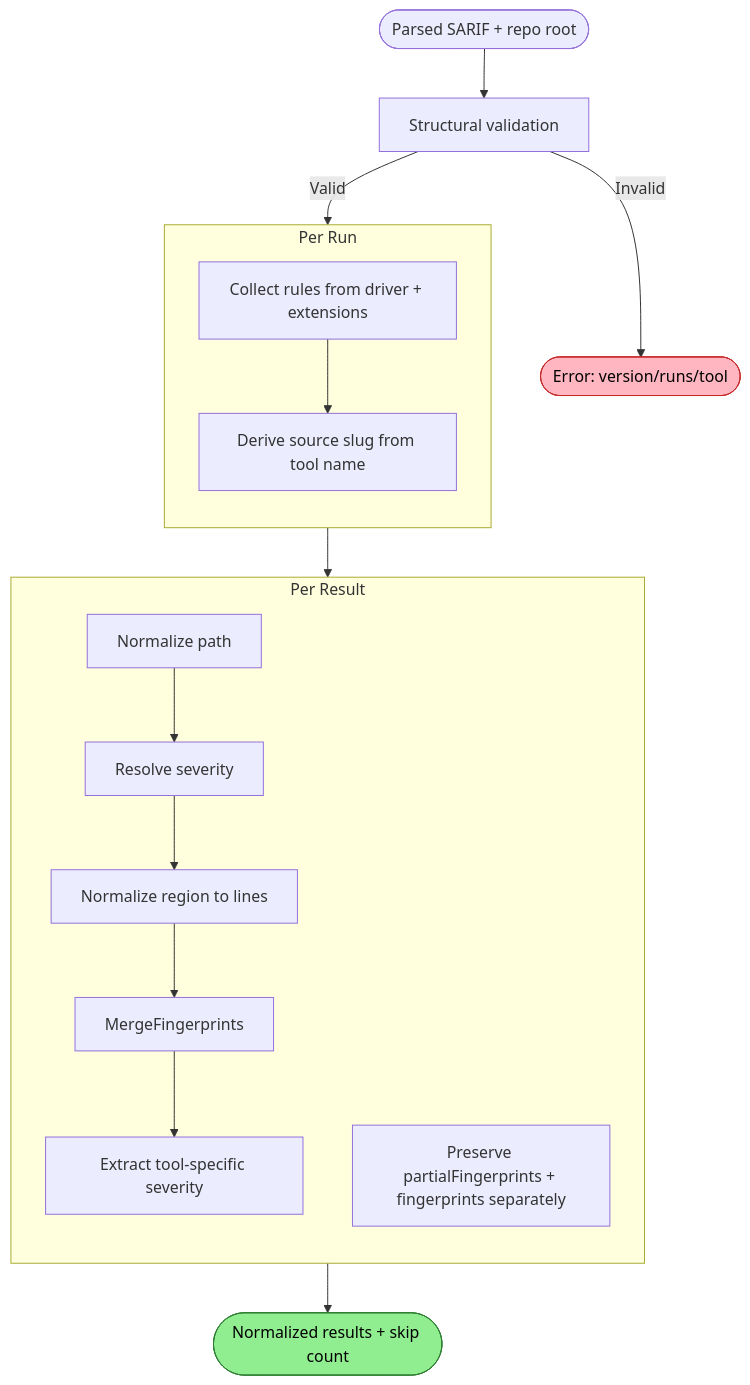
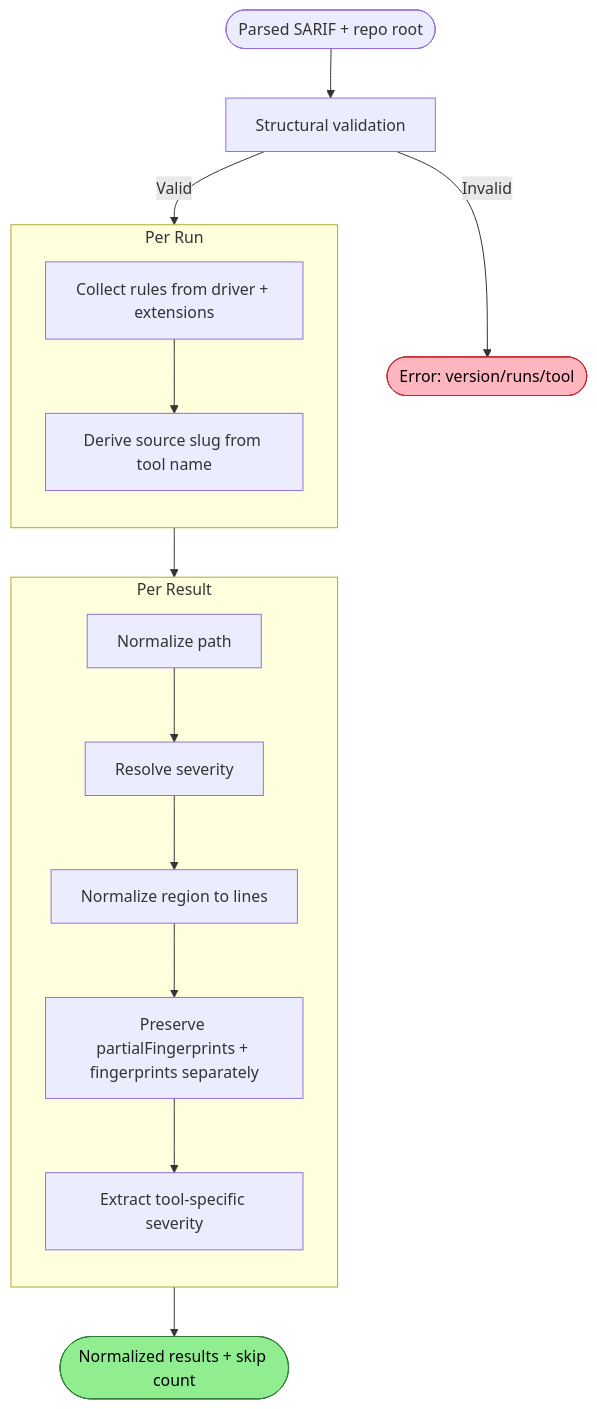
Before and after one commit to RepoQL/RepoQL: the diagram in docs/flows/future/sarif/sarif-normalization.md, drawn with Mermaid. The commit also changed other lines of this file and 5 other files, not shown here.

````diff
--- a/docs/flows/future/sarif/sarif-normalization.md
+++ b/docs/flows/future/sarif/sarif-normalization.md
@@ -209,31 +209,31 @@
 ```mermaid
 flowchart TD
     Start([Parsed SARIF + repo root]) --> Validate[Structural validation]
 
     Validate -->|Invalid| Err([Error: version/runs/tool]):::error
     Validate -->|Valid| ForEachRun
 
     subgraph ForEachRun [Per Run]
         direction TB
         CollectRules[Collect rules from driver + extensions]
         IdentifySource[Derive source slug from tool name]
         CollectRules --> IdentifySource
     end
 
     ForEachRun --> ForEachResult
 
     subgraph ForEachResult [Per Result]
         direction TB
         NormPath[Normalize path]
         ResolveSev[Resolve severity]
         NormRegion[Normalize region to lines]
         PreserveFingerprints[Preserve partialFingerprints + fingerprints separately]
         ExtractMeta[Extract tool-specific severity]
-        NormPath --> ResolveSev --> NormRegion --> MergeFingerprints --> ExtractMeta
+        NormPath --> ResolveSev --> NormRegion --> PreserveFingerprints --> ExtractMeta
     end
 
     ForEachResult --> Output([Normalized results + skip count]):::success
 
     classDef success fill:#90EE90,stroke:#2E7D32,color:#000
     classDef error fill:#FFB6C1,stroke:#C62828,color:#000
 ```
````
